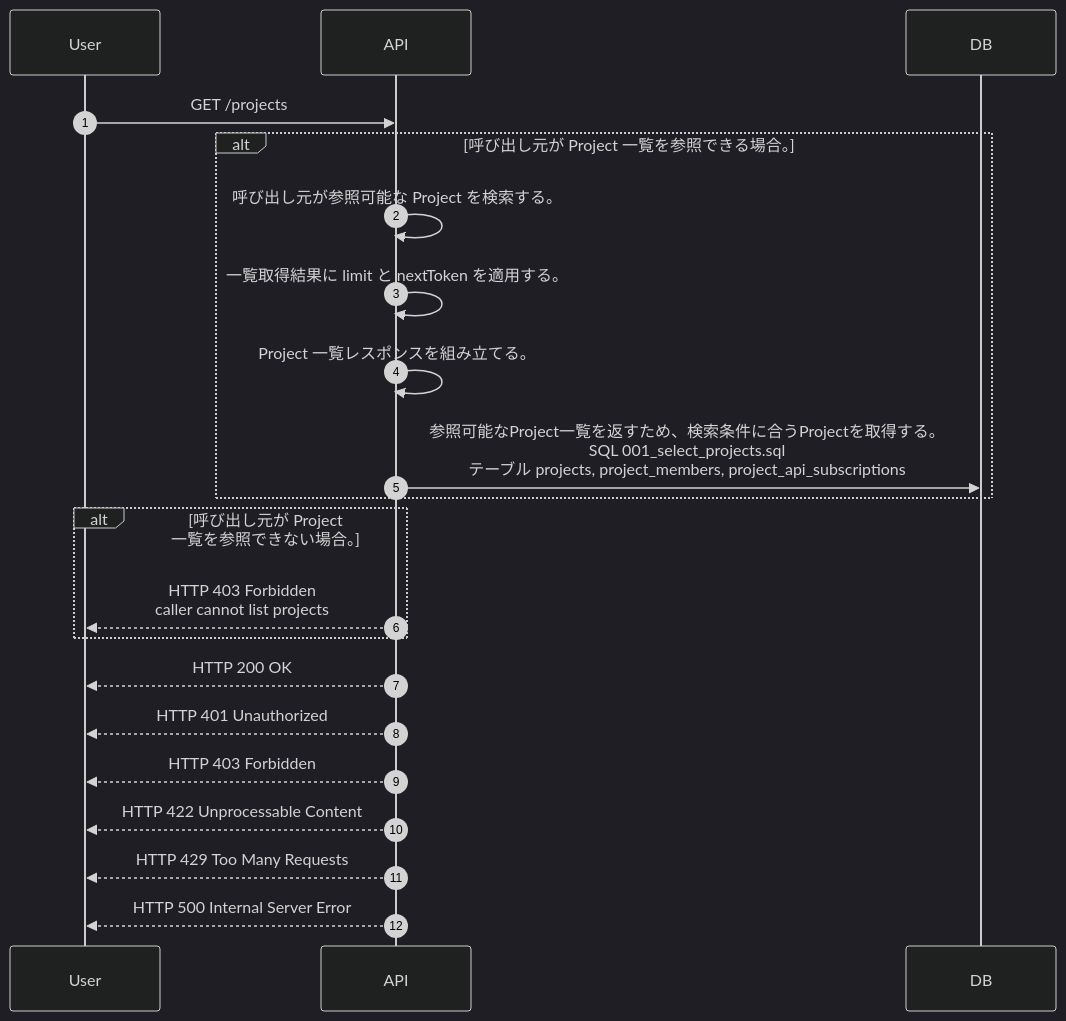
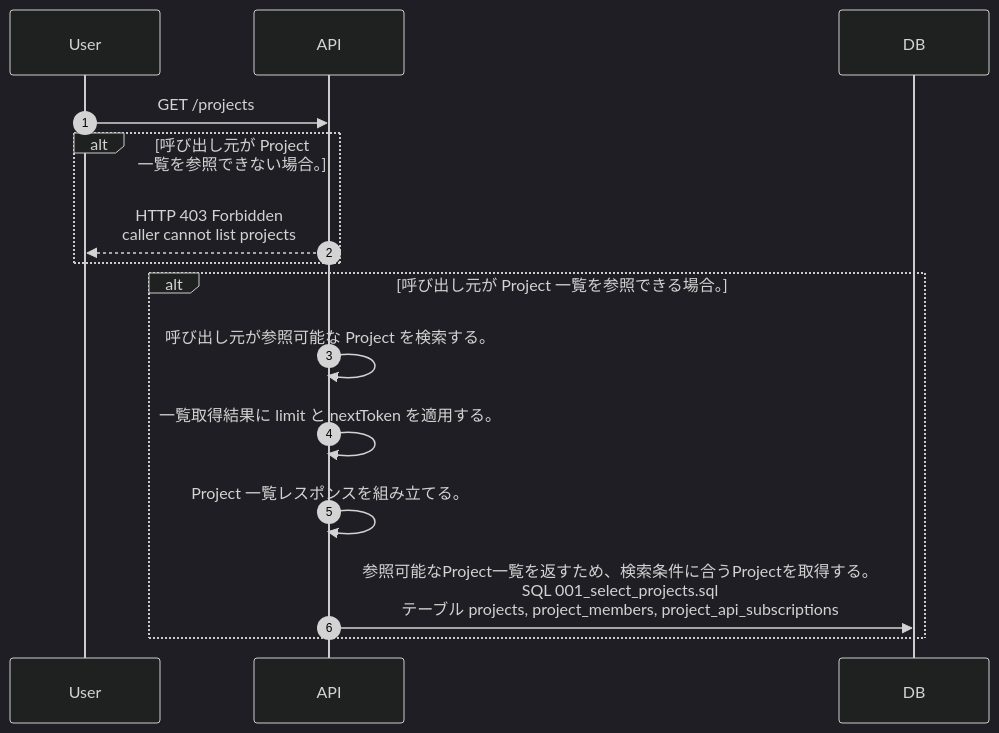
The diagram in docs/spec/40.apis/projects/list_projects/sequence_gen.md (tsuji-tomonori/lazunex), drawn with Mermaid (dark theme) before and after one commit. The commit also changed 39 other files, not shown here.

Commit message:
🐛 fix(api): error_responsesとシーケンス出力を実装に同期

````diff
--- a/docs/spec/40.apis/projects/list_projects/sequence_gen.md
+++ b/docs/spec/40.apis/projects/list_projects/sequence_gen.md
@@ -5,23 +5,17 @@
 ```mermaid
 sequenceDiagram
   autonumber
   participant User as User
   participant API as API
   participant DB as DB
   User->>API: GET /projects
+  alt 呼び出し元が Project 一覧を参照できない場合。
+    API-->>User: HTTP 403 Forbidden<br/>caller cannot list projects
+  end
   alt 呼び出し元が Project 一覧を参照できる場合。
     API->>API: 呼び出し元が参照可能な Project を検索する。
     API->>API: 一覧取得結果に limit と nextToken を適用する。
     API->>API: Project 一覧レスポンスを組み立てる。
     API->>DB: 参照可能なProject一覧を返すため、検索条件に合うProjectを取得する。<br/>SQL 001_select_projects.sql<br/>テーブル projects, project_members, project_api_subscriptions
   end
-  alt 呼び出し元が Project 一覧を参照できない場合。
-    API-->>User: HTTP 403 Forbidden<br/>caller cannot list projects
-  end
-  API-->>User: HTTP 200 OK
-  API-->>User: HTTP 401 Unauthorized
-  API-->>User: HTTP 403 Forbidden
-  API-->>User: HTTP 422 Unprocessable Content
-  API-->>User: HTTP 429 Too Many Requests
-  API-->>User: HTTP 500 Internal Server Error
 ```
````
